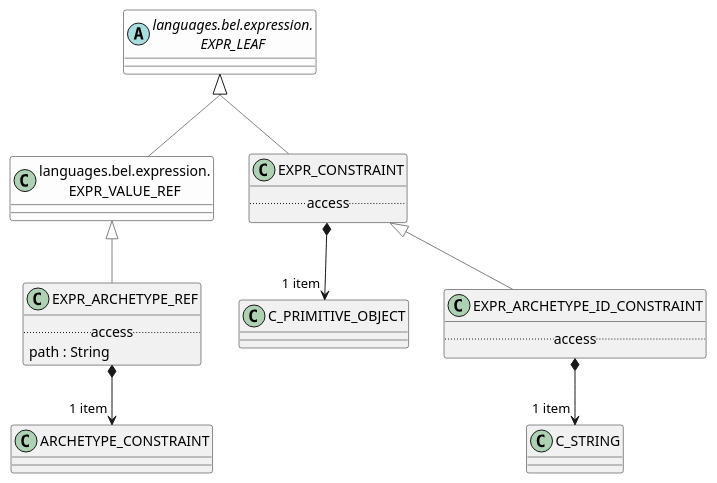
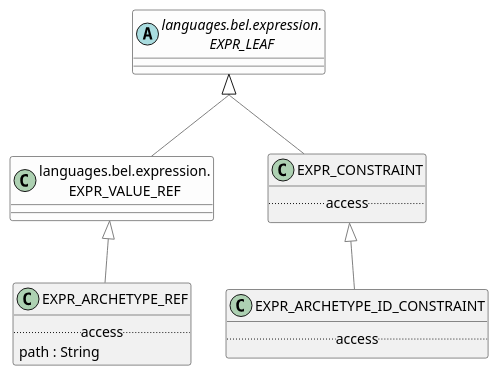
Before and after one commit to wolandscat/openehr-doc: the diagram in modules/ROOT/examples/bmm/languages/aom2/rules/rules-package-uml.adoc, drawn with PlantUML. The commit also changed 541 other files, not shown here.

Commit message:
Regen with override markers, and override relations removed from UML.

```diff
--- a/modules/ROOT/examples/bmm/languages/aom2/rules/rules-package-uml.adoc
+++ b/modules/ROOT/examples/bmm/languages/aom2/rules/rules-package-uml.adoc
@@ -3,41 +3,35 @@
 [plantuml,opts=interactive,link=self]
 ....
 skinparam groupInheritance 2
 skinparam citedClassColor #FDFDFD
 
 
-EXPR_VALUE_REF -[#gray]up-|> EXPR_LEAF  
+EXPR_VALUE_REF -[#gray]up-|> EXPR_LEAF
 
 class EXPR_CONSTRAINT [[/openehr-doc/latest/languages/aom2-gen.html#_class_expr_constraint]] {
         .. access ..
 }
 
-EXPR_CONSTRAINT -[#gray]up-|> EXPR_LEAF  
+EXPR_CONSTRAINT -[#gray]up-|> EXPR_LEAF
 
-
-EXPR_CONSTRAINT *--> "1 item" C_PRIMITIVE_OBJECT
 
 class EXPR_ARCHETYPE_ID_CONSTRAINT [[/openehr-doc/latest/languages/aom2-gen.html#_class_expr_archetype_id_constraint]] {
         .. access ..
 }
 
-EXPR_ARCHETYPE_ID_CONSTRAINT -[#gray]up-|> EXPR_CONSTRAINT  
+EXPR_ARCHETYPE_ID_CONSTRAINT -[#gray]up-|> EXPR_CONSTRAINT
 
-
-EXPR_ARCHETYPE_ID_CONSTRAINT *--> "1 item" C_STRING
 
 class EXPR_ARCHETYPE_REF [[/openehr-doc/latest/languages/aom2-gen.html#_class_expr_archetype_ref]] {
         .. access ..
         path : String
 }
 
-EXPR_ARCHETYPE_REF -[#gray]up-|> EXPR_VALUE_REF  
+EXPR_ARCHETYPE_REF -[#gray]up-|> EXPR_VALUE_REF
 
-
-EXPR_ARCHETYPE_REF *--> "1 item" ARCHETYPE_CONSTRAINT
 abstract class "languages.bel.expression.\nEXPR_LEAF" as EXPR_LEAF  [[/openehr-doc/latest/languages/bel-gen.html#_class_expr_leaf]] #FDFDFD {
 }
 class "languages.bel.expression.\nEXPR_VALUE_REF" as EXPR_VALUE_REF  [[/openehr-doc/latest/languages/bel-gen.html#_class_expr_value_ref]] #FDFDFD {
 }
 
 ....
```
